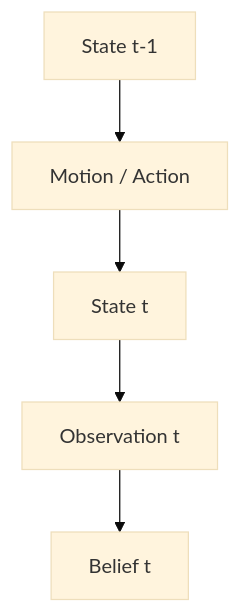
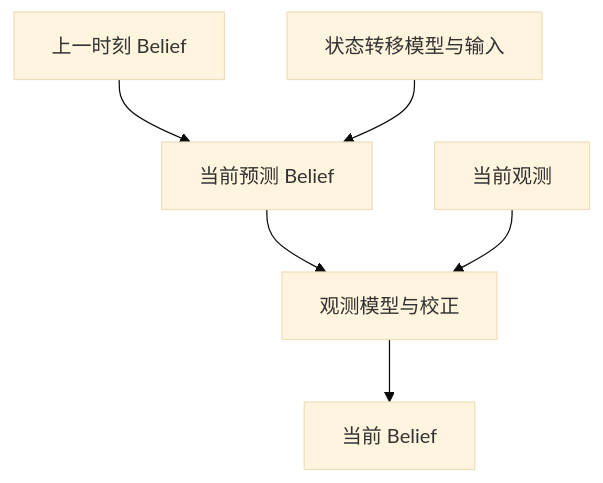
The first of 2 diagrams in docs/slam/foundations/state-and-time.md (hyandnn/my-learning-notes), drawn with Mermaid (base theme) before and after one commit. The commit also changed other lines of this file and 11 other files, not shown here.

````diff
--- a/docs/slam/foundations/state-and-time.md
+++ b/docs/slam/foundations/state-and-time.md
@@ -37,10 +37,8 @@
 ```mermaid
 flowchart TD
-    X1["State t-1"]
-    U["Motion / Action"]
-    X2["State t"]
-    Z["Observation t"]
-    B["Belief t"]
-
-    X1 --> U --> X2 --> Z --> B
+    B0["上一时刻 Belief"] --> P["当前预测 Belief"]
+    M["状态转移模型与输入"] --> P
+    P --> C["观测模型与校正"]
+    Z["当前观测"] --> C
+    C --> B["当前 Belief"]
 ```
````
